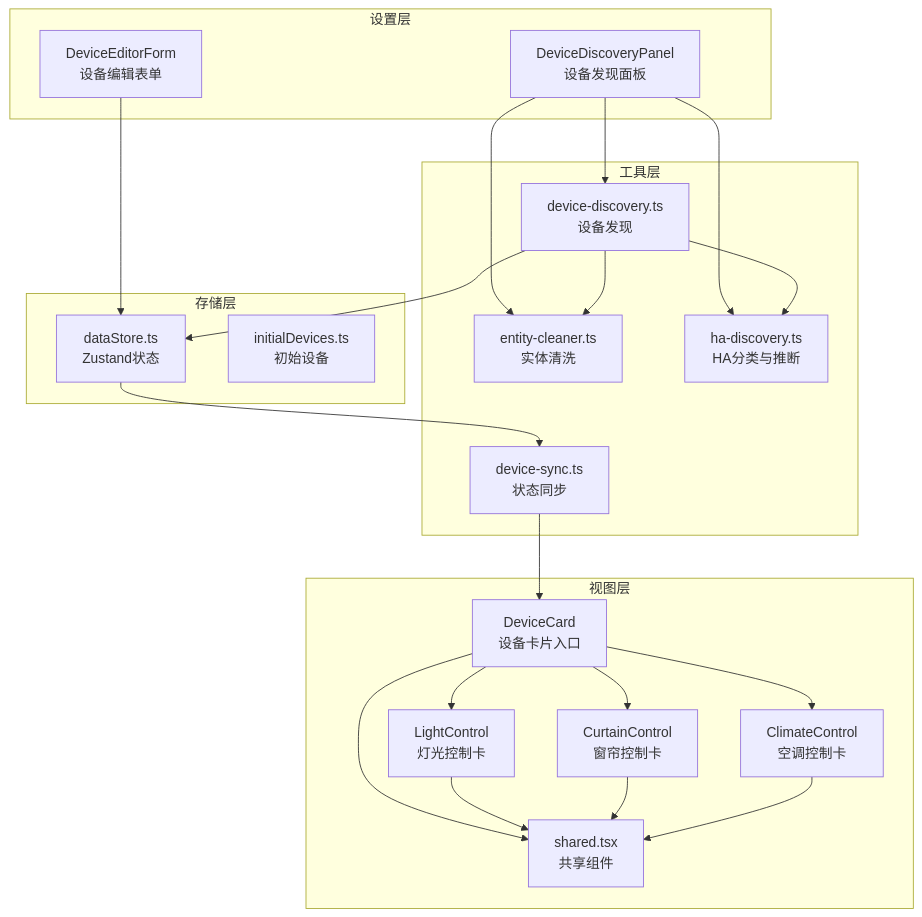
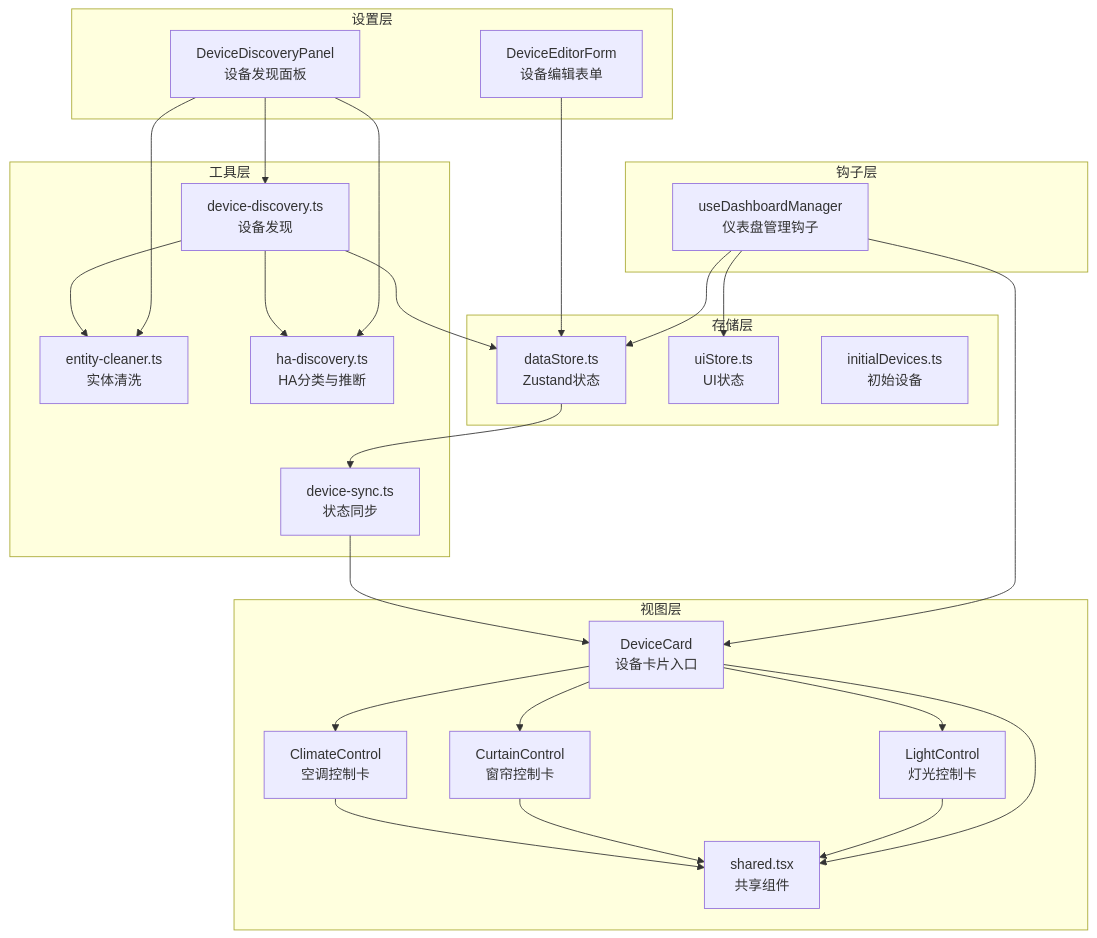
The first of 11 diagrams in .qoder/repowiki/zh/content/设备控制模块/设备控制模块.md (skyeyinkun/HAUI), drawn with Mermaid before and after one commit. The commit also changed other lines of this file and 14 other files, not shown here.

````diff
--- a/.qoder/repowiki/zh/content/设备控制模块/设备控制模块.md
+++ b/.qoder/repowiki/zh/content/设备控制模块/设备控制模块.md
@@ -44,40 +58,47 @@
 ```mermaid
 graph TB
 subgraph "视图层"
 DeviceCard["DeviceCard<br/>设备卡片入口"]
 LightCard["LightControl<br/>灯光控制卡"]
 CurtainCard["CurtainControl<br/>窗帘控制卡"]
 ClimateCard["ClimateControl<br/>空调控制卡"]
 Shared["shared.tsx<br/>共享组件"]
 end
+subgraph "钩子层"
+DashboardManager["useDashboardManager<br/>仪表盘管理钩子"]
+end
 subgraph "工具层"
 Discovery["device-discovery.ts<br/>设备发现"]
 Cleaner["entity-cleaner.ts<br/>实体清洗"]
 Sync["device-sync.ts<br/>状态同步"]
 HADiscovery["ha-discovery.ts<br/>HA分类与推断"]
 end
 subgraph "存储层"
 DataStore["dataStore.ts<br/>Zustand状态"]
+UIStore["uiStore.ts<br/>UI状态"]
 InitialDevices["initialDevices.ts<br/>初始设备"]
 end
 subgraph "设置层"
 DevPanel["DeviceDiscoveryPanel<br/>设备发现面板"]
 EditorForm["DeviceEditorForm<br/>设备编辑表单"]
 end
 DeviceCard --> LightCard
 DeviceCard --> CurtainCard
 DeviceCard --> ClimateCard
 DeviceCard --> Shared
 LightCard --> Shared
 CurtainCard --> Shared
 ClimateCard --> Shared
+DashboardManager --> DeviceCard
+DashboardManager --> DataStore
+DashboardManager --> UIStore
 DevPanel --> Discovery
 DevPanel --> HADiscovery
 DevPanel --> Cleaner
 Discovery --> Cleaner
 Discovery --> HADiscovery
 Discovery --> DataStore
 EditorForm --> DataStore
 DataStore --> Sync
 Sync --> DeviceCard
 ```
````
